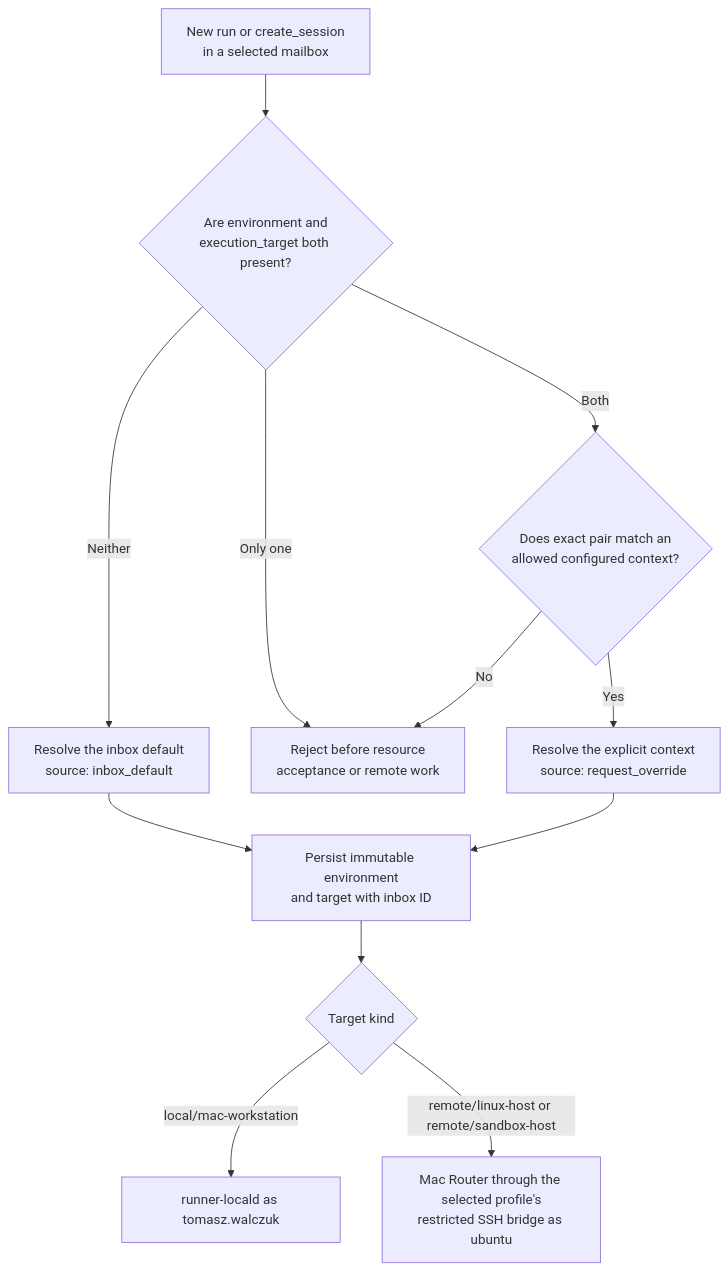
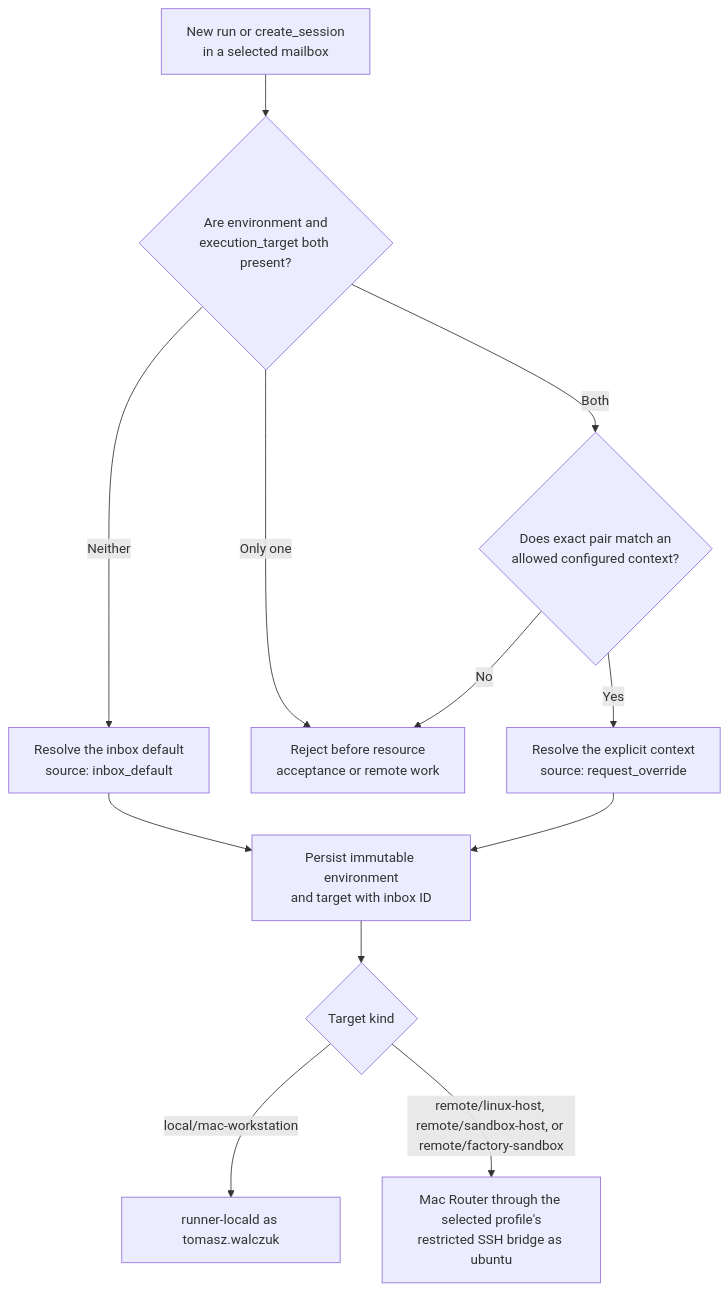
The fourth of 7 diagrams in docs/architecture.md (gavrilo123456/remote-session-runner), drawn with Mermaid before and after one commit. The commit also changed other lines of this file and 21 other files, not shown here.

Commit message:
feat(p157): enroll factory sandbox mailbox

````diff
--- a/docs/architecture.md
+++ b/docs/architecture.md
@@ -140,14 +160,14 @@
 ```mermaid
 flowchart TD
   Start[New run or create_session\nin a selected mailbox] --> Pair{Are environment and\nexecution_target both present?}
   Pair -->|Neither| Default[Resolve the inbox default\nsource: inbox_default]
   Pair -->|Both| Match{Does exact pair match an\nallowed configured context?}
   Pair -->|Only one| Reject[Reject before resource\nacceptance or remote work]
   Match -->|Yes| Override[Resolve the explicit context\nsource: request_override]
   Match -->|No| Reject
   Default --> Persist[Persist immutable environment\nand target with inbox ID]
   Override --> Persist
   Persist --> Route{Target kind}
   Route -->|local/mac-workstation| Local[runner-locald as tomasz.walczuk]
-  Route -->|remote/linux-host or remote/sandbox-host| Queue[Mac Router through the selected profile's\nrestricted SSH bridge as ubuntu]
+  Route -->|remote/linux-host, remote/sandbox-host, or remote/factory-sandbox| Queue[Mac Router through the selected profile's\nrestricted SSH bridge as ubuntu]
 ```
````
